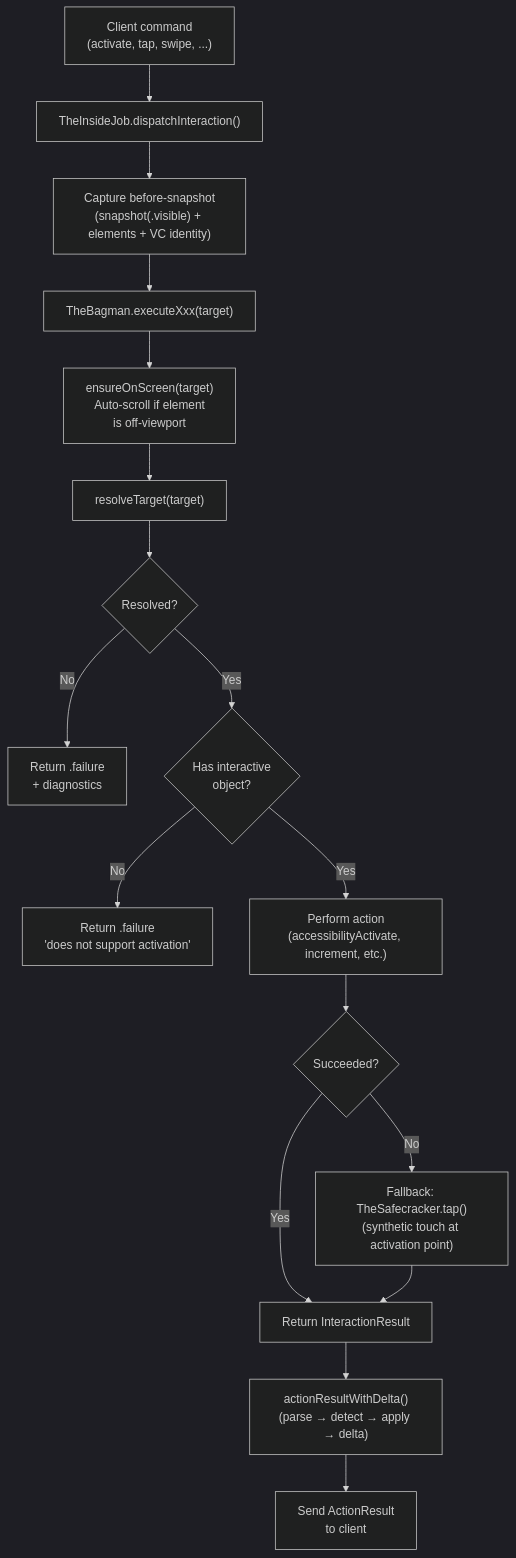
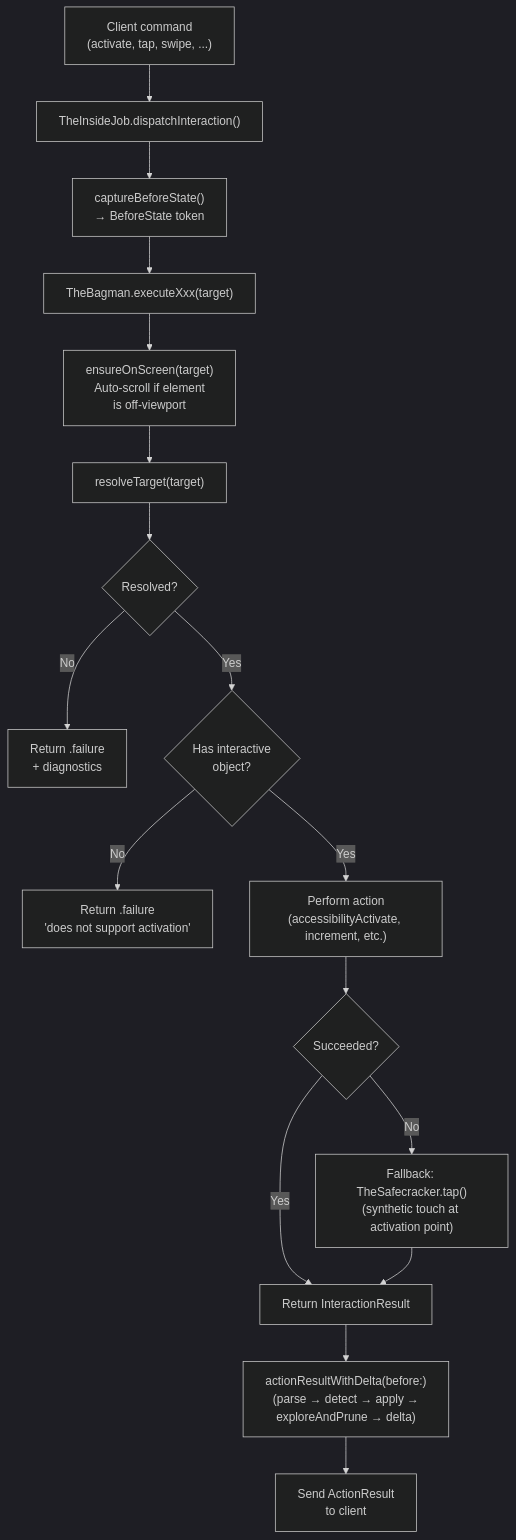
Before and after one commit to RoyalPineapple/TheButtonHeist: the fifth of 7 diagrams in docs/dossiers/13-THEBAGMAN.md, drawn with Mermaid (dark theme). The commit also changed other lines of this file and 29 other files, not shown here.

First line of the commit message:
Post-action re-explore, screenId, readability audit, hook fix (#233)

````diff
--- a/docs/dossiers/13-THEBAGMAN.md
+++ b/docs/dossiers/13-THEBAGMAN.md
@@ -141,21 +147,21 @@
 ```mermaid
 flowchart TD
     CMD["Client command<br/>(activate, tap, swipe, ...)"] --> DISP["TheInsideJob.dispatchInteraction()"]
-    DISP --> SNAP["Capture before-snapshot<br/>(snapshot(.visible) + elements + VC identity)"]
+    DISP --> SNAP["captureBeforeState()<br/>→ BeforeState token"]
     SNAP --> EXEC["TheBagman.executeXxx(target)"]
 
     EXEC --> ENS["ensureOnScreen(target)<br/>Auto-scroll if element<br/>is off-viewport"]
     ENS --> RES["resolveTarget(target)"]
     RES --> CHK{Resolved?}
     CHK -->|No| ERR["Return .failure<br/>+ diagnostics"]
     CHK -->|Yes| INT{Has interactive<br/>object?}
     INT -->|No| ERR2["Return .failure<br/>'does not support activation'"]
     INT -->|Yes| ACT["Perform action<br/>(accessibilityActivate, increment, etc.)"]
     ACT --> OK{Succeeded?}
     OK -->|Yes| RET["Return InteractionResult"]
     OK -->|No| FALL["Fallback: TheSafecracker.tap()<br/>(synthetic touch at activation point)"]
     FALL --> RET
 
-    RET --> DELTA["actionResultWithDelta()<br/>(parse → detect → apply → delta)"]
+    RET --> DELTA["actionResultWithDelta(before:)<br/>(parse → detect → apply →<br/>exploreAndPrune → delta)"]
     DELTA --> SEND["Send ActionResult<br/>to client"]
 ```
````
